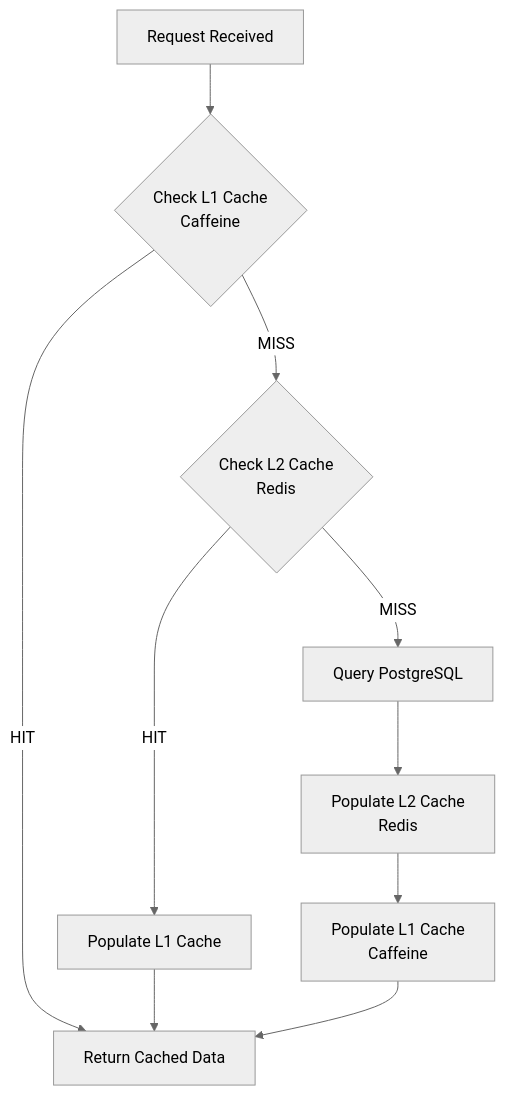
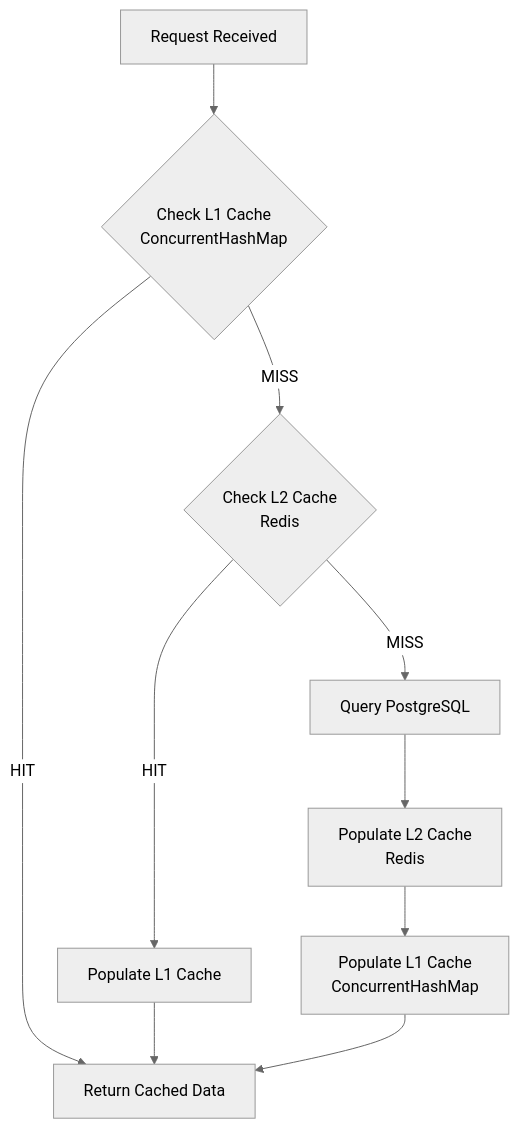
The seventh of 7 diagrams in docs/uml-diagrams.md (heloan/smart-toll-cache-system), drawn with Mermaid (neutral theme) before and after one commit. The commit also changed other lines of this file and 175 other files, not shown here.

````diff
--- a/docs/uml-diagrams.md
+++ b/docs/uml-diagrams.md
@@ -222,12 +312,12 @@
 ```mermaid
 flowchart TD
-    A[Request Received] --> B{Check L1 Cache<br/>Caffeine}
+    A[Request Received] --> B{Check L1 Cache<br/>ConcurrentHashMap}
     B -->|HIT| C[Return Cached Data]
     B -->|MISS| D{Check L2 Cache<br/>Redis}
     D -->|HIT| E[Populate L1 Cache]
     E --> C
     D -->|MISS| F[Query PostgreSQL]
     F --> G[Populate L2 Cache<br/>Redis]
-    G --> H[Populate L1 Cache<br/>Caffeine]
+    G --> H[Populate L1 Cache<br/>ConcurrentHashMap]
     H --> C
 ```
````
